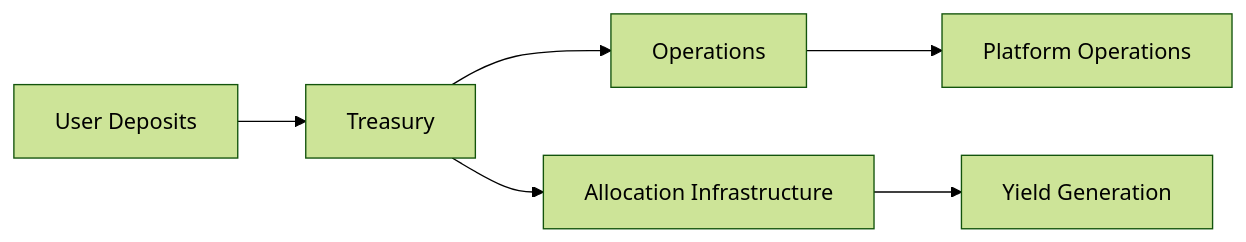
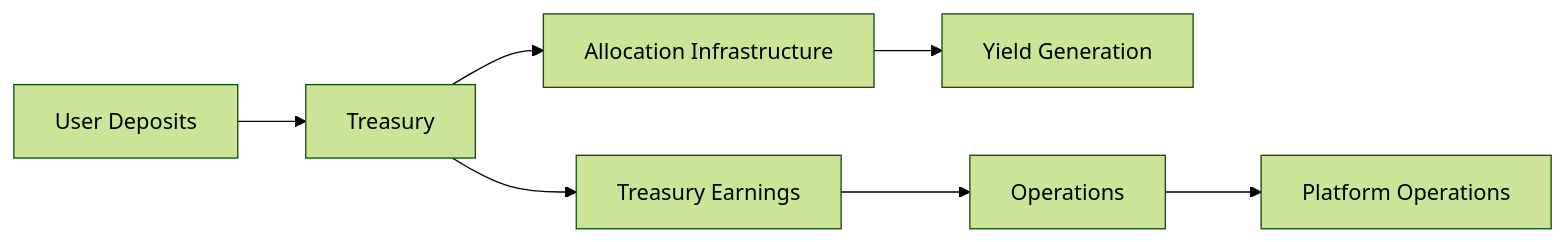
Before and after one commit to itindefi/mintlify-docs: the diagram in platform/allocation-model.mdx, drawn with Mermaid (forest theme).

Commit message:
Update allocation model diagram and description
Mintlify-Source: dashboard-editor

````diff
--- a/platform/allocation-model.mdx
+++ b/platform/allocation-model.mdx
@@ -52,8 +52,9 @@
 ```mermaid
 flowchart LR
     A[User Deposits] --> B[Treasury]
-    B --> C[Operations]
     B --> D[Allocation Infrastructure]
+    D --> F[Yield Generation]
+    B --> G[Treasury Earnings]
+    G --> C[Operations]
     C --> E[Platform Operations]
-    D --> F[Yield Generation]
 ```
````
